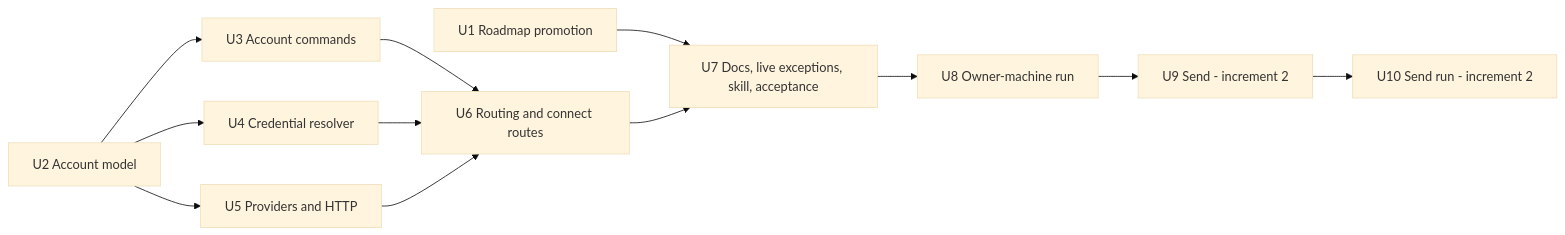
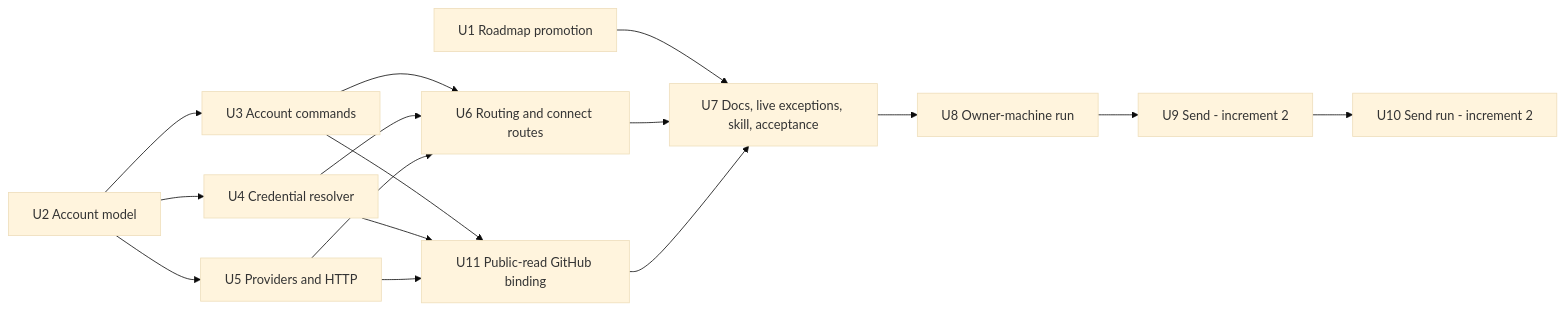
One commit to sundharesan11/developer-context-kit changed the third of 3 diagrams in docs/plans/2026-10-17-001-feat-organization-identity-routing-plan.md. Above: the diagram before and after it, drawn with Mermaid (base theme). The commit also changed other lines of this file, not shown here.

````diff
--- a/docs/plans/2026-10-17-001-feat-organization-identity-routing-plan.md
+++ b/docs/plans/2026-10-17-001-feat-organization-identity-routing-plan.md
@@ -228,14 +247,18 @@
 ```mermaid
 flowchart LR
   U1[U1 Roadmap promotion] --> U7
   U2[U2 Account model] --> U3[U3 Account commands]
   U2 --> U4[U4 Credential resolver]
   U2 --> U5[U5 Providers and HTTP]
   U3 --> U6[U6 Routing and connect routes]
   U4 --> U6
   U5 --> U6
   U6 --> U7[U7 Docs, live exceptions, skill, acceptance]
   U7 --> U8[U8 Owner-machine run]
+  U3 --> U11[U11 Public-read GitHub binding]
+  U4 --> U11
+  U5 --> U11
+  U11 --> U7
   U8 --> U9[U9 Send - increment 2]
   U9 --> U10[U10 Send run - increment 2]
 ```
````
